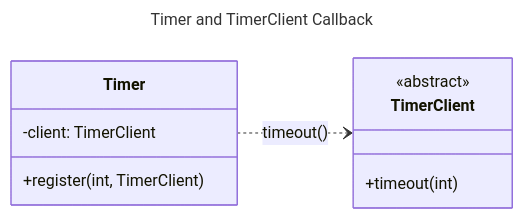
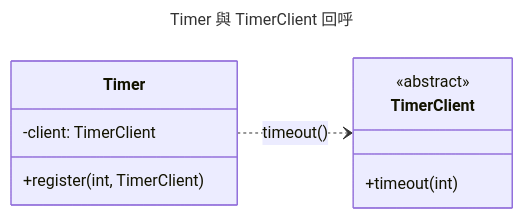
One commit to nlhsueh/teach_sw_fw changed the seventh of 17 diagrams in Part3_Principle/ch08_oo.md. Above: the diagram before and after it, drawn with Mermaid. The commit also changed other lines of this file and 1 other file, not shown here.

Commit message:
style: translate diagram titles and notes to Chinese in ch07 and ch08

````diff
--- a/Part3_Principle/ch08_oo.md
+++ b/Part3_Principle/ch08_oo.md
@@ -475,16 +475,16 @@
 ```mermaid
 ---
-title: Timer and TimerClient Callback
+title: Timer 與 TimerClient 回呼
 ---
 classDiagram
     direction LR
     class Timer {
         -client: TimerClient
         +register(int, TimerClient)
     }
     class TimerClient {
         <<abstract>>
         +timeout(int)
     }
     Timer ..> TimerClient: timeout()
 ```
````
